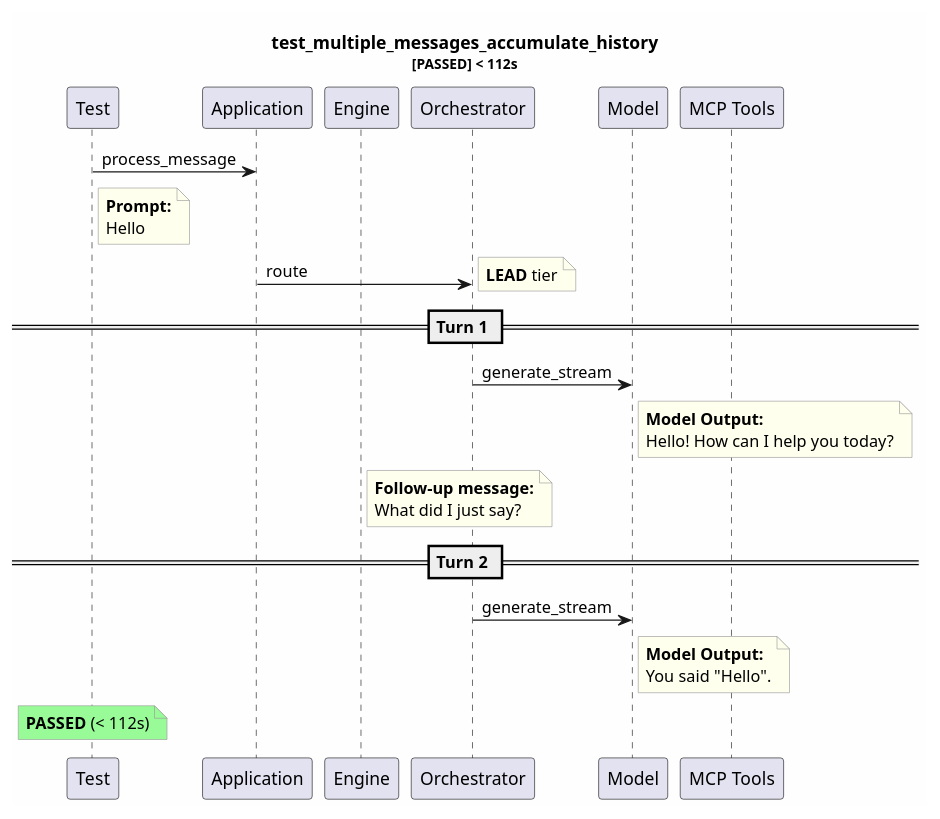
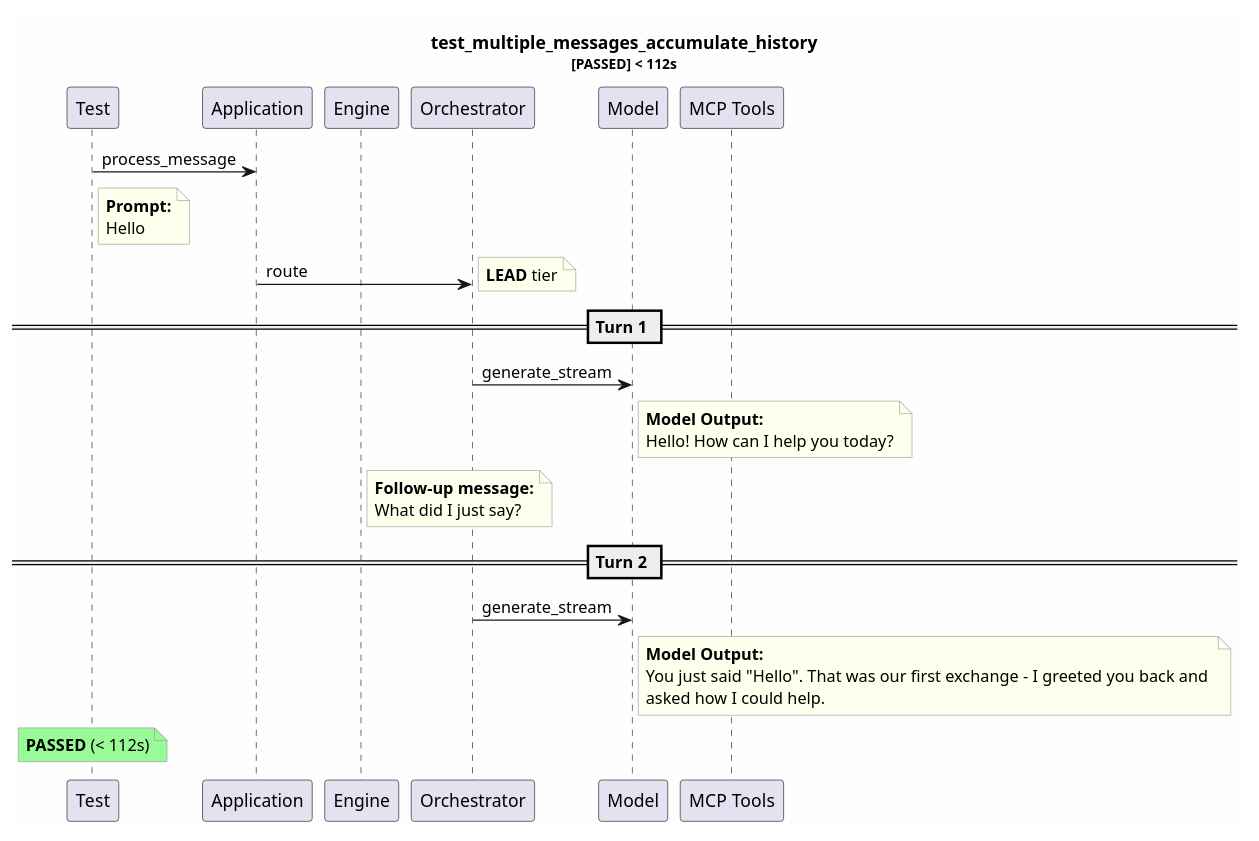
One commit to tvanfossen/entropic changed the diagram in test-reports/logs/test_multiple_messages_accumulate_history/test_multiple_messages_accumulate_history.puml. Above: the diagram before and after it, drawn with PlantUML. The commit also changed 14 other files, not shown here.

```diff
--- a/test-reports/logs/test_multiple_messages_accumulate_history/test_multiple_messages_accumulate_history.puml
+++ b/test-reports/logs/test_multiple_messages_accumulate_history/test_multiple_messages_accumulate_history.puml
@@ -1,41 +1,42 @@
 @startuml
 skinparam backgroundColor #FEFEFE
 skinparam noteBorderColor #999999
 skinparam noteBackgroundColor #FFFFEE
 title test_multiple_messages_accumulate_history\n<size:11>[PASSED] < 112s</size>
 
 participant "Test" as T
 participant "Application" as App
 participant "Engine" as Eng
 participant "Orchestrator" as Orch
 participant "Model" as Mdl
 participant "MCP Tools" as MCP
 
 T -> App: process_message
 note right of T
   **Prompt:**
   Hello
 end note
 App -> Orch: route
 note right: **LEAD** tier
 == Turn 1 ==
 Orch -> Mdl: generate_stream
 note right of Mdl
   **Model Output:**
   Hello! How can I help you today?
 end note
 note right of Eng
   **Follow-up message:**
   What did I just say?
 end note
 == Turn 2 ==
 Orch -> Mdl: generate_stream
 note right of Mdl
   **Model Output:**
-  You said "Hello".
+  You just said "Hello". That was our first exchange - I greeted you back and 
+  asked how I could help.
 end note
 note over T #palegreen
   **PASSED** (< 112s)
 end note
 
 @enduml
```
